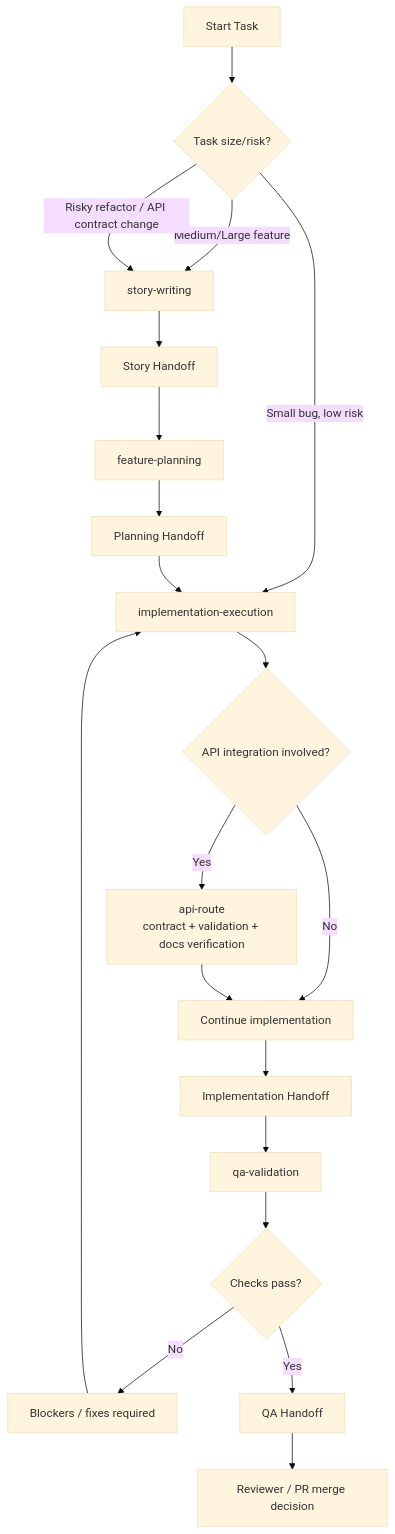
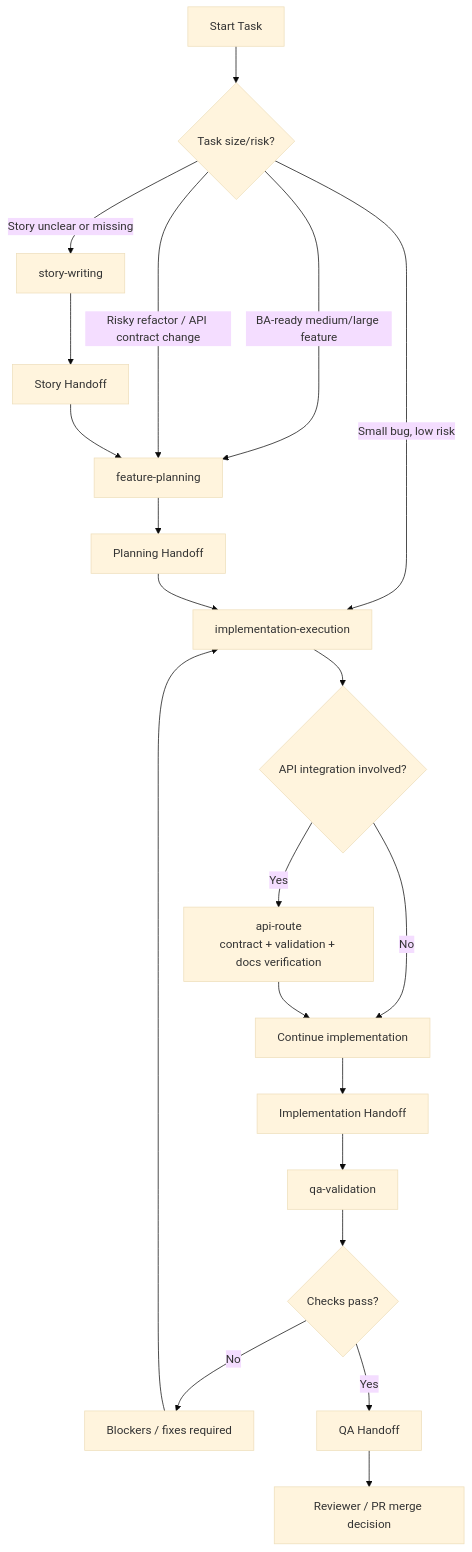
The diagram in .cursor/skills/README.md (hajareshyam/nextjs-agentic-starter), drawn with Mermaid (base theme) before and after one commit. The commit also changed other lines of this file and 2 other files, not shown here.

Commit message:
update the development flow

````diff
--- a/.cursor/skills/README.md
+++ b/.cursor/skills/README.md
@@ -217,29 +222,30 @@
 ```mermaid
 flowchart TD
     A[Start Task] --> B{Task size/risk?}
 
     B -->|Small bug, low risk| C[implementation-execution]
-    B -->|Medium/Large feature| D[story-writing]
-    B -->|Risky refactor / API contract change| D
+    B -->|BA-ready medium/large feature| F[feature-planning]
+    B -->|Story unclear or missing| D[story-writing]
+    B -->|Risky refactor / API contract change| F
 
     D --> E[Story Handoff]
-    E --> F[feature-planning]
+    E --> F
     F --> G[Planning Handoff]
     G --> C
 
     C --> H{API integration involved?}
     H -->|Yes| I[api-route<br/>contract + validation + docs verification]
     H -->|No| J[Continue implementation]
 
     I --> J
     J --> K[Implementation Handoff]
 
     K --> L[qa-validation]
     L --> M{Checks pass?}
 
     M -->|No| N[Blockers / fixes required]
     N --> C
 
     M -->|Yes| O[QA Handoff]
     O --> P[Reviewer / PR merge decision]
 ```
````
